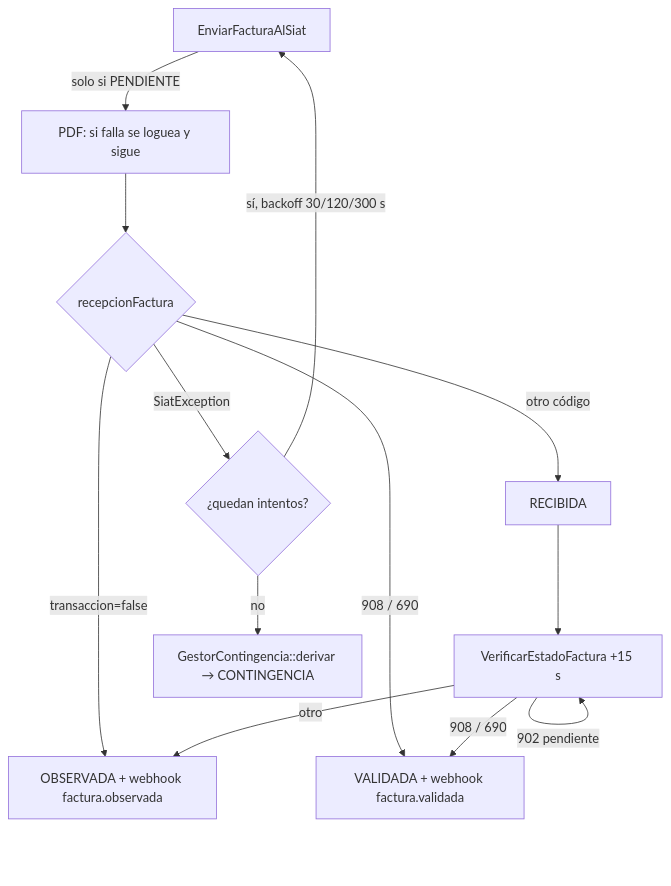
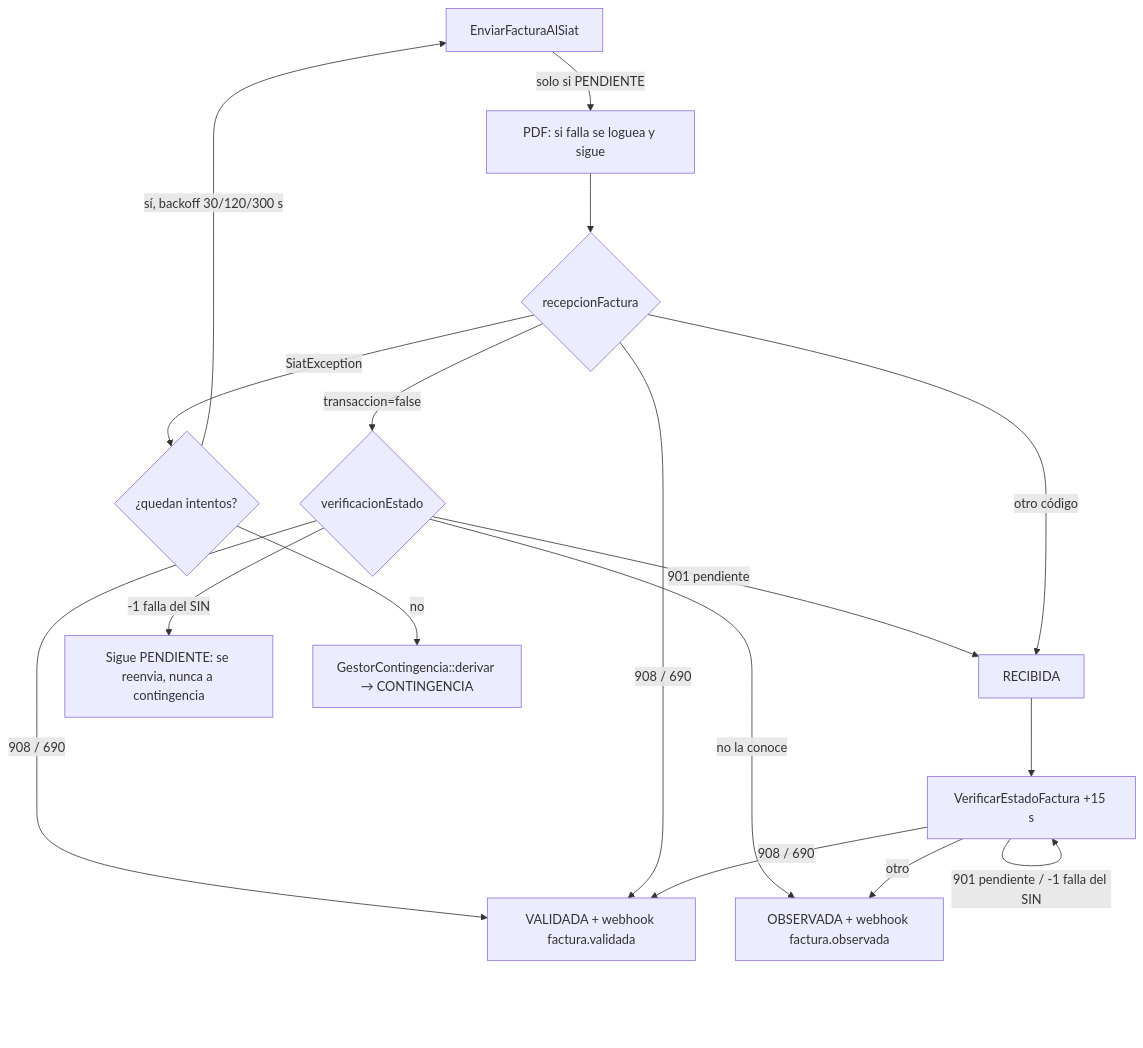
Before and after one commit to nachoDevOS/siat-api: the third of 4 diagrams in docs/TECNICO.md, drawn with Mermaid. The commit also changed other lines of this file and 113 other files, not shown here.

````diff
--- a/docs/TECNICO.md
+++ b/docs/TECNICO.md
@@ -137,15 +137,19 @@
 ```mermaid
 flowchart TD
     A[EnviarFacturaAlSiat] -->|solo si PENDIENTE| B[PDF: si falla se loguea y sigue]
     B --> C{recepcionFactura}
-    C -->|transaccion=false| O[OBSERVADA + webhook factura.observada]
+    C -->|transaccion=false| X{verificacionEstado}
+    X -->|908 / 690| V
+    X -->|901 pendiente| R
+    X -->|-1 falla del SIN| P[Sigue PENDIENTE: se reenvia, nunca a contingencia]
+    X -->|no la conoce| O[OBSERVADA + webhook factura.observada]
     C -->|908 / 690| V[VALIDADA + webhook factura.validada]
     C -->|otro código| R[RECIBIDA]
     R --> D[VerificarEstadoFactura +15 s]
-    D -->|902 pendiente| D
+    D -->|901 pendiente / -1 falla del SIN| D
     D -->|908 / 690| V
     D -->|otro| O
     C -->|SiatException| E{¿quedan intentos?}
     E -->|sí, backoff 30/120/300 s| A
     E -->|no| F[GestorContingencia::derivar → CONTINGENCIA]
 ```
````
